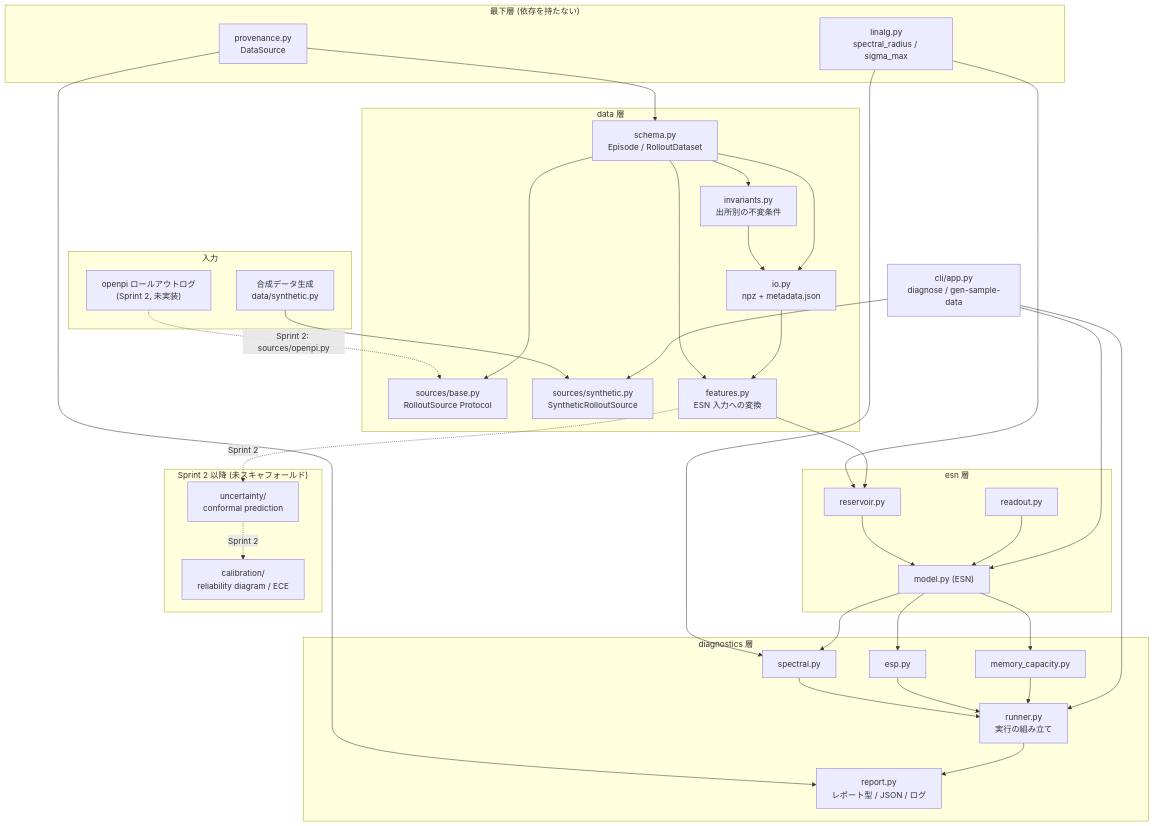
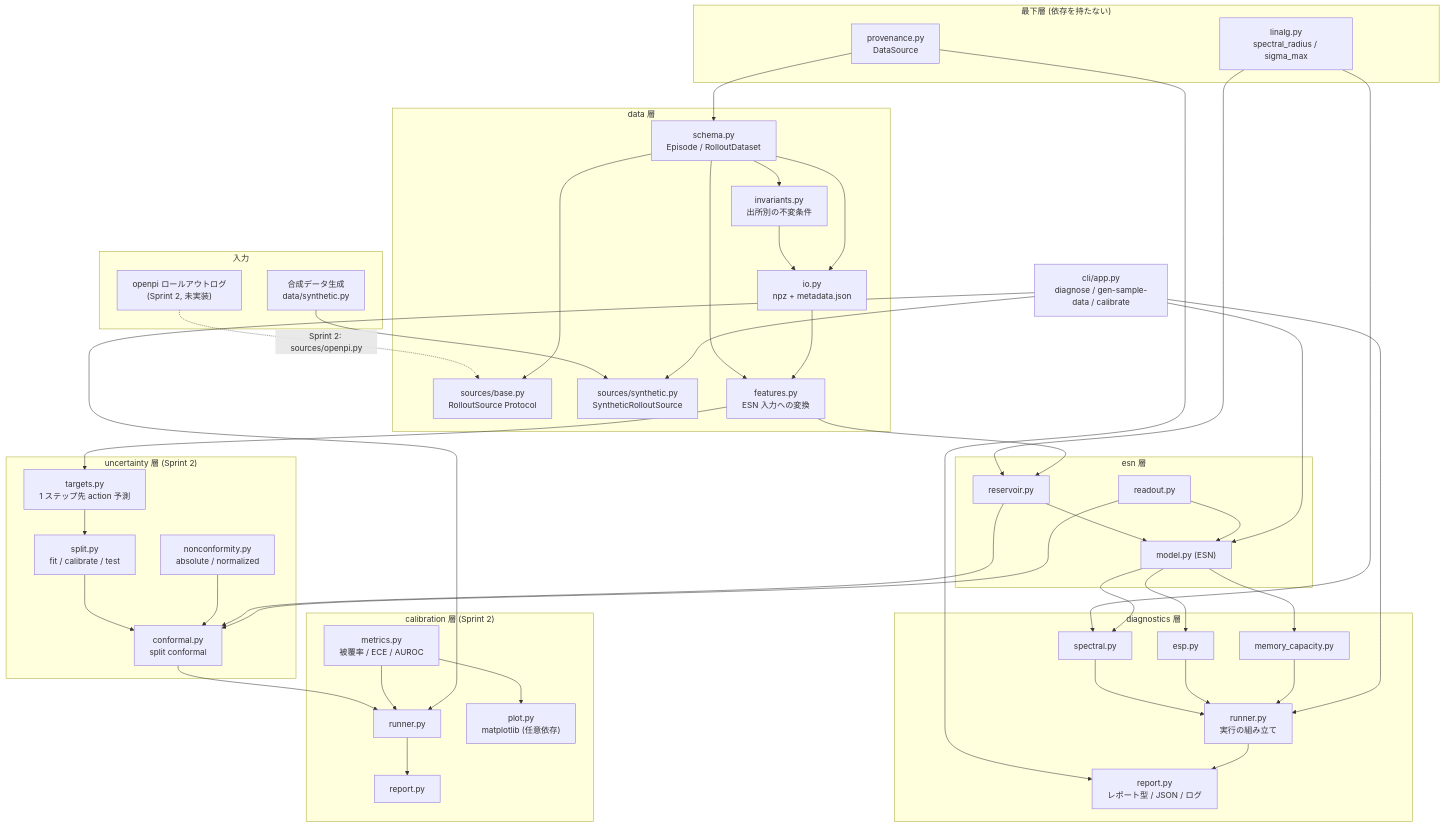
Before and after one commit to Kotton-MAS/esn-vla-uq: the diagram in docs/design.md, drawn with Mermaid. The commit also changed other lines of this file and 18 other files, not shown here.

First line of the commit message:
feat: add conformal prediction intervals and calibration evaluation (Sprint 2)

````diff
--- a/docs/design.md
+++ b/docs/design.md
@@ -61,66 +62,82 @@
 ```mermaid
 graph TD
     subgraph 入力
         OPENPI["openpi ロールアウトログ<br/>(Sprint 2, 未実装)"]
         SYN["合成データ生成<br/>data/synthetic.py"]
     end
 
     subgraph base["最下層 (依存を持たない)"]
         LINALG["linalg.py<br/>spectral_radius / sigma_max"]
         PROV["provenance.py<br/>DataSource"]
     end
 
     subgraph data["data 層"]
         SCHEMA["schema.py<br/>Episode / RolloutDataset"]
         INV["invariants.py<br/>出所別の不変条件"]
         SRCBASE["sources/base.py<br/>RolloutSource Protocol"]
         SRCSYN["sources/synthetic.py<br/>SyntheticRolloutSource"]
         IO["io.py<br/>npz + metadata.json"]
         FEAT["features.py<br/>ESN 入力への変換"]
     end
 
     subgraph esn["esn 層"]
         RES["reservoir.py"]
         RO["readout.py"]
         MODEL["model.py (ESN)"]
     end
 
     subgraph diagnostics["diagnostics 層"]
         SPEC["spectral.py"]
         ESP["esp.py"]
         MC["memory_capacity.py"]
         RUNNER["runner.py<br/>実行の組み立て"]
         REPORT["report.py<br/>レポート型 / JSON / ログ"]
     end
 
-    subgraph future["Sprint 2 以降 (未スキャフォールド)"]
-        UQ["uncertainty/<br/>conformal prediction"]
-        CAL["calibration/<br/>reliability diagram / ECE"]
+    subgraph uq["uncertainty 層 (Sprint 2)"]
+        TGT["targets.py<br/>1 ステップ先 action 予測"]
+        SPL["split.py<br/>fit / calibrate / test"]
+        NC["nonconformity.py<br/>absolute / normalized"]
+        CONF["conformal.py<br/>split conformal"]
+    end
+
+    subgraph cal["calibration 層 (Sprint 2)"]
+        MET["metrics.py<br/>被覆率 / ECE / AUROC"]
+        CRUN["runner.py"]
+        CREP["report.py"]
+        PLOT["plot.py<br/>matplotlib (任意依存)"]
     end
 
     PROV --> SCHEMA
     PROV --> REPORT
     LINALG --> RES
     LINALG --> SPEC
 
     OPENPI -. "Sprint 2: sources/openpi.py" .-> SRCBASE
     SYN --> SRCSYN
     SCHEMA --> INV --> IO
     SCHEMA --> SRCBASE
     SCHEMA --> FEAT
     SCHEMA --> IO
     IO --> FEAT
     FEAT --> RES
     RES --> MODEL
     RO --> MODEL
     MODEL --> SPEC & ESP & MC
     SPEC --> RUNNER
     ESP --> RUNNER
     MC --> RUNNER
     RUNNER --> REPORT
-    FEAT -. "Sprint 2" .-> UQ -. "Sprint 2" .-> CAL
+    FEAT --> TGT --> SPL --> CONF
+    NC --> CONF
+    RES --> CONF
+    RO --> CONF
+    CONF --> CRUN --> CREP
+    MET --> CRUN
+    MET --> PLOT
 
-    CLI["cli/app.py<br/>diagnose / gen-sample-data"] --> SRCSYN
+    CLI["cli/app.py<br/>diagnose / gen-sample-data / calibrate"] --> SRCSYN
     CLI --> MODEL
     CLI --> RUNNER
+    CLI --> CRUN
 ```
````
